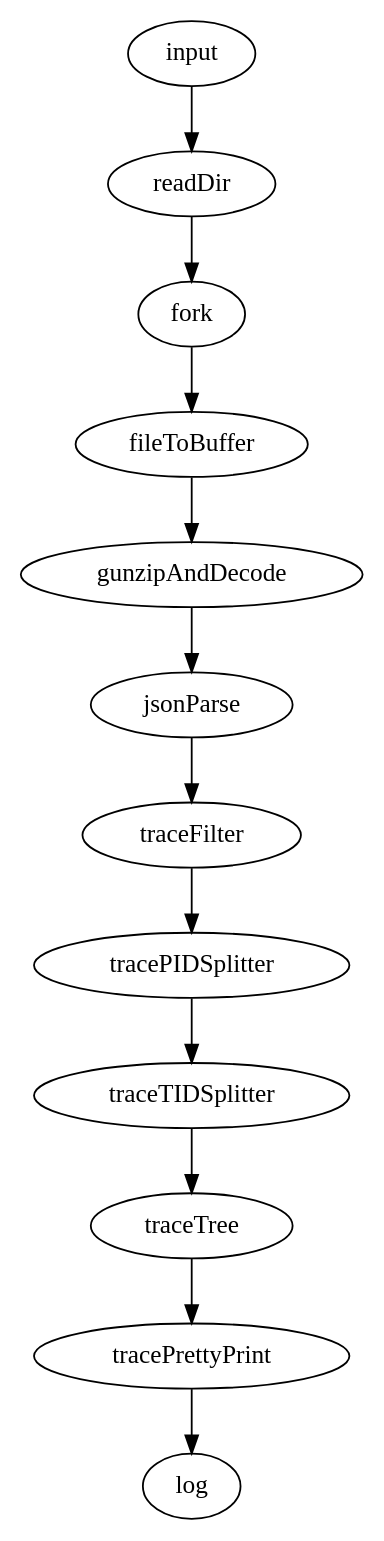
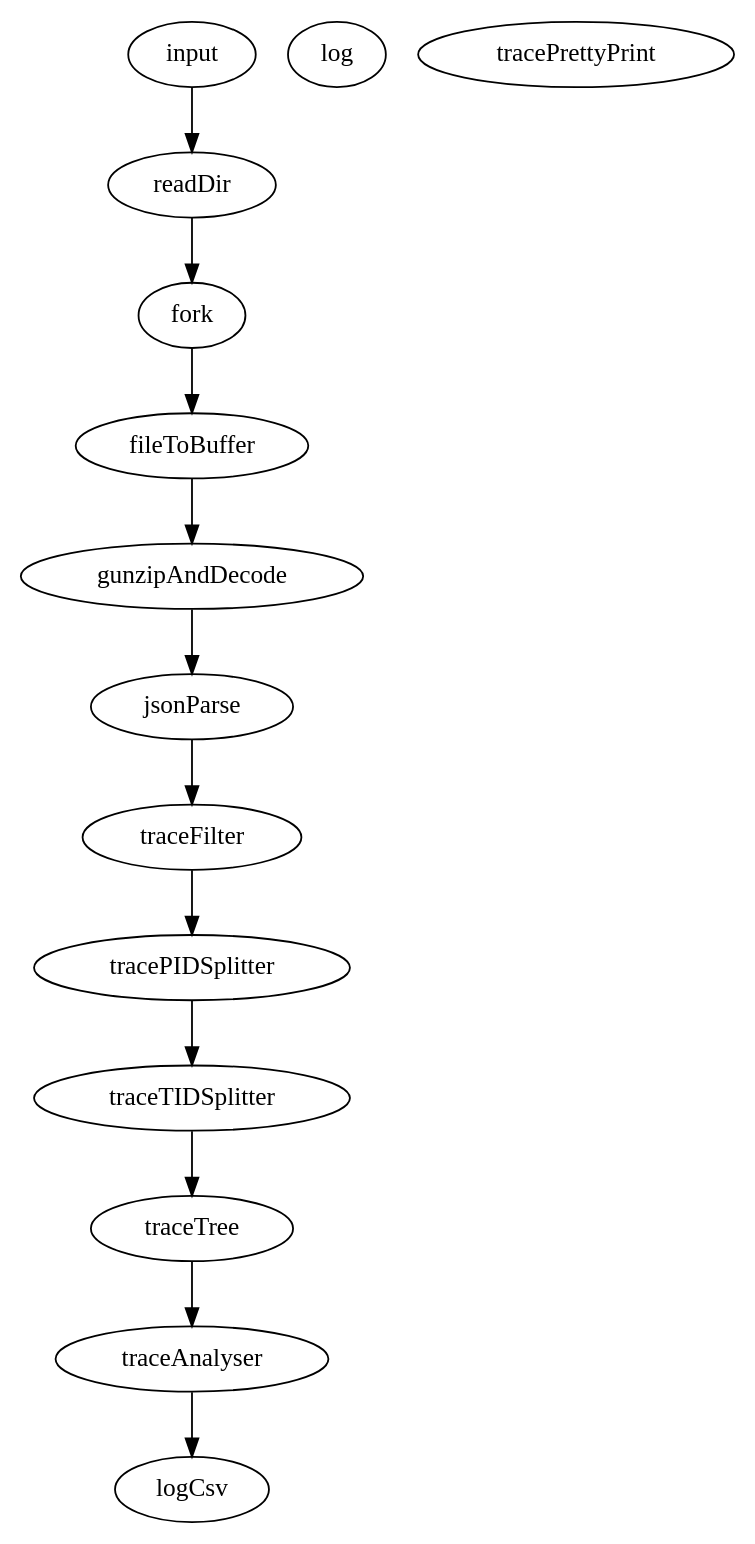
The diagram in trace.dot (googlearchive/erlnmyr), drawn with Graphviz before and after one commit. The commit also changed 1 other file, not shown here.

Commit message:
csv stage

```diff
--- a/trace.dot
+++ b/trace.dot
@@ -1,18 +1,18 @@
 digraph trace {
 
   imports="['trace-phases']"
 
     fileToBuffer -> gunzipAndDecode -> jsonParse;
     jsonParse -> traceFilter -> tracePIDSplitter -> traceTIDSplitter -> traceTree;
-    traceTree -> tracePrettyPrint -> log;
+    traceTree -> traceAnalyser -> logCsv;
 
     color=blue;
     strategy=pipeline;
 
   input [data="traces"]
   input -> readDir -> fork -> fileToBuffer;
 
-  log [tags="['filename']"]
+  log [tags="['filename', 'eventName']"]
   traceFilter [traceEvents="['Document::updateStyle','V8.Execute','CSSParserImpl::parseStyleSheet']"];
   tracePrettyPrint [showTrace="false"];
 }
```
